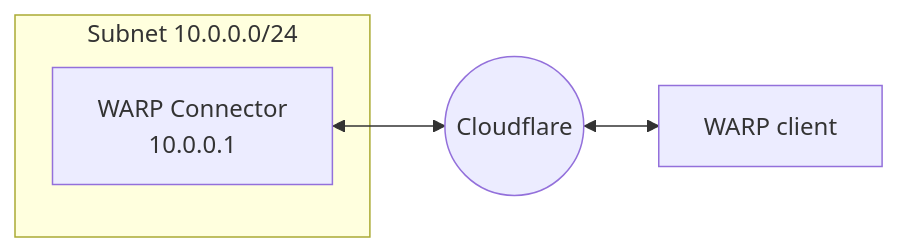
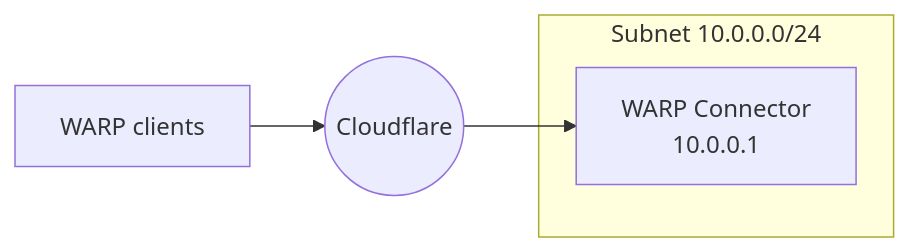
Before and after one commit to cloudflare/cloudflare-docs: the first of 2 diagrams in src/content/docs/cloudflare-one/connections/connect-networks/private-net/warp-connector/user-to-site.mdx, drawn with Mermaid. The commit also changed other lines of this file and 5 other files, not shown here.

````diff
--- a/src/content/docs/cloudflare-one/connections/connect-networks/private-net/warp-connector/user-to-site.mdx
+++ b/src/content/docs/cloudflare-one/connections/connect-networks/private-net/warp-connector/user-to-site.mdx
@@ -11,8 +13,8 @@
 ```mermaid
     flowchart LR
       subgraph subnet1[Subnet 10.0.0.0/24]
       router1["WARP Connector
         10.0.0.1"]
       end
-      router1<-->C((Cloudflare))<-->W[WARP client]
+      W[WARP clients]-->C((Cloudflare))-->router1
 ```
````
